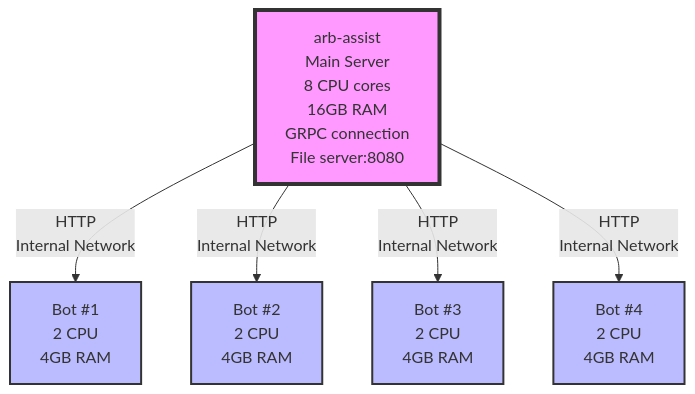
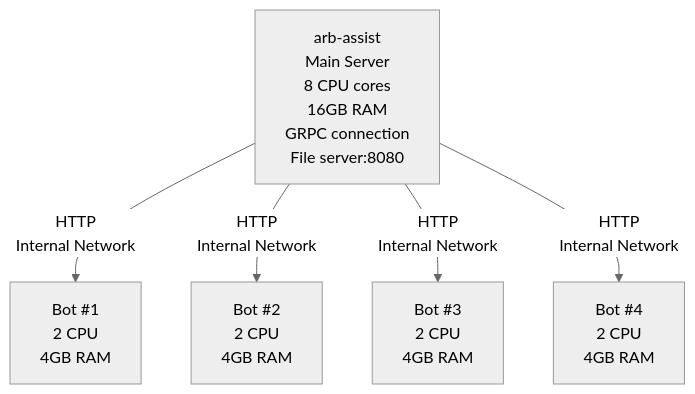
The diagram in docs/advanced-features/file-server.md (capicua4454/arb-assist), drawn with Mermaid before and after one commit. The commit also changed 2 other files, not shown here.

Commit message:
Use neutral theme for Mermaid diagrams
- Added %%{init: {'theme':'neutral'}}%% to all Mermaid diagrams
- Removed custom color styling that might conflict with themes
- The neutral theme adapts automatically to light/dark mode in GitBook

````diff
--- a/docs/advanced-features/file-server.md
+++ b/docs/advanced-features/file-server.md
@@ -215,14 +215,9 @@
 ```mermaid
+%%{init: {'theme':'neutral'}}%%
 graph TD
     A[arb-assist<br/>Main Server<br/>8 CPU cores<br/>16GB RAM<br/>GRPC connection<br/>File server:8080]
     A -->|HTTP<br/>Internal Network| B[Bot #1<br/>2 CPU<br/>4GB RAM]
     A -->|HTTP<br/>Internal Network| C[Bot #2<br/>2 CPU<br/>4GB RAM]
     A -->|HTTP<br/>Internal Network| D[Bot #3<br/>2 CPU<br/>4GB RAM]
     A -->|HTTP<br/>Internal Network| E[Bot #4<br/>2 CPU<br/>4GB RAM]
-    
-    style A fill:#f9f,stroke:#333,stroke-width:4px
-    style B fill:#bbf,stroke:#333,stroke-width:2px
-    style C fill:#bbf,stroke:#333,stroke-width:2px
-    style D fill:#bbf,stroke:#333,stroke-width:2px
-    style E fill:#bbf,stroke:#333,stroke-width:2px
 ```
````
